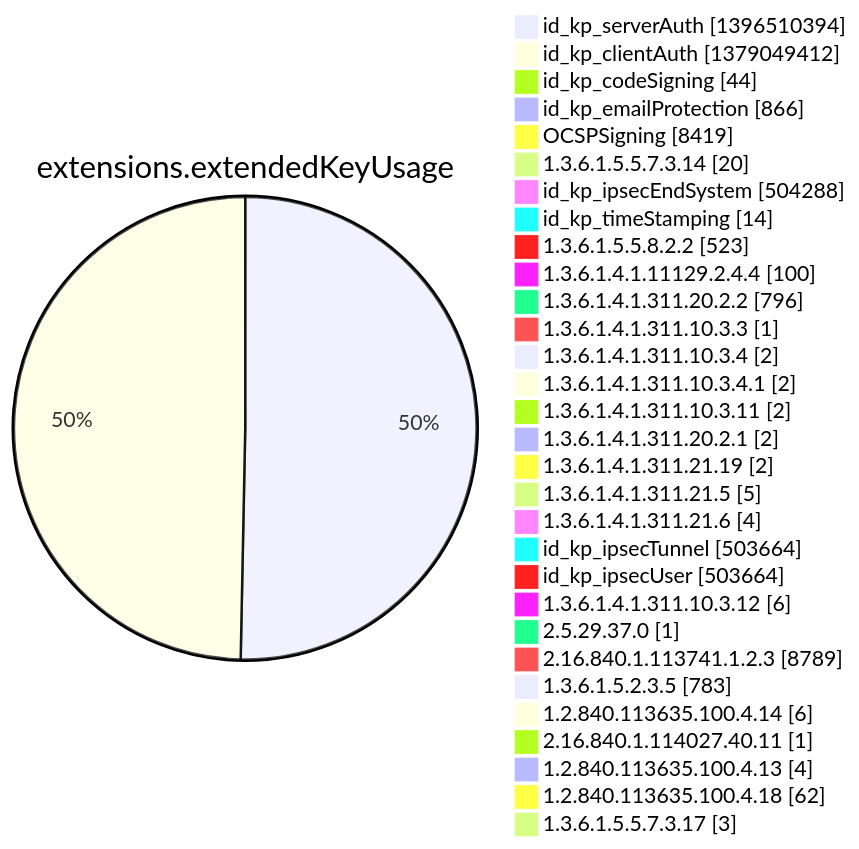
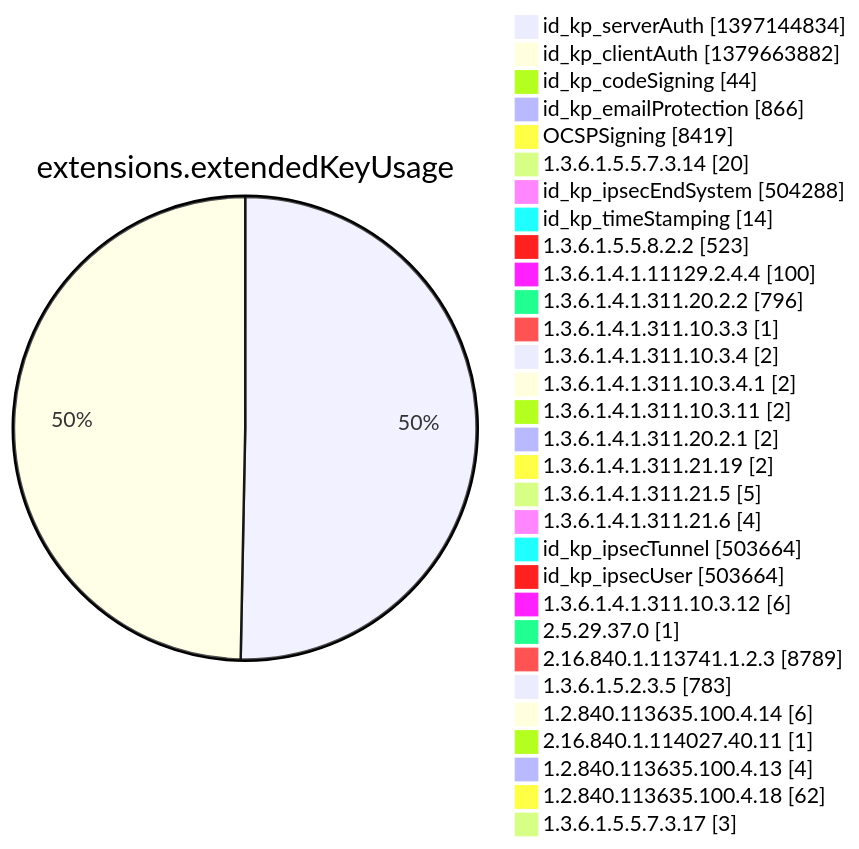
One commit to christiankrug/ctmonitor_visualization changed diagram 12 of 15 in argon2022/README.md. Above: the diagram before and after it, drawn with Mermaid. The commit also changed other lines of this file, not shown here.

````diff
--- a/argon2022/README.md
+++ b/argon2022/README.md
@@ -3554,34 +3554,34 @@
 ```mermaid
 pie showData
 title extensions.extendedKeyUsage
-"id_kp_serverAuth" :1396510394
-"id_kp_clientAuth" :1379049412
+"id_kp_serverAuth" :1397144834
+"id_kp_clientAuth" :1379663882
 "id_kp_codeSigning" :44
 "id_kp_emailProtection" :866
 "OCSPSigning" :8419
 "1.3.6.1.5.5.7.3.14" :20
 "id_kp_ipsecEndSystem" :504288
 "id_kp_timeStamping" :14
 "1.3.6.1.5.5.8.2.2" :523
 "1.3.6.1.4.1.11129.2.4.4" :100
 "1.3.6.1.4.1.311.20.2.2" :796
 "1.3.6.1.4.1.311.10.3.3" :1
 "1.3.6.1.4.1.311.10.3.4" :2
 "1.3.6.1.4.1.311.10.3.4.1" :2
 "1.3.6.1.4.1.311.10.3.11" :2
 "1.3.6.1.4.1.311.20.2.1" :2
 "1.3.6.1.4.1.311.21.19" :2
 "1.3.6.1.4.1.311.21.5" :5
 "1.3.6.1.4.1.311.21.6" :4
 "id_kp_ipsecTunnel" :503664
 "id_kp_ipsecUser" :503664
 "1.3.6.1.4.1.311.10.3.12" :6
 "2.5.29.37.0" :1
 "2.16.840.1.113741.1.2.3" :8789
 "1.3.6.1.5.2.3.5" :783
 "1.2.840.113635.100.4.14" :6
 "2.16.840.1.114027.40.11" :1
 "1.2.840.113635.100.4.13" :4
 "1.2.840.113635.100.4.18" :62
 "1.3.6.1.5.5.7.3.17" :3
 ```
````
